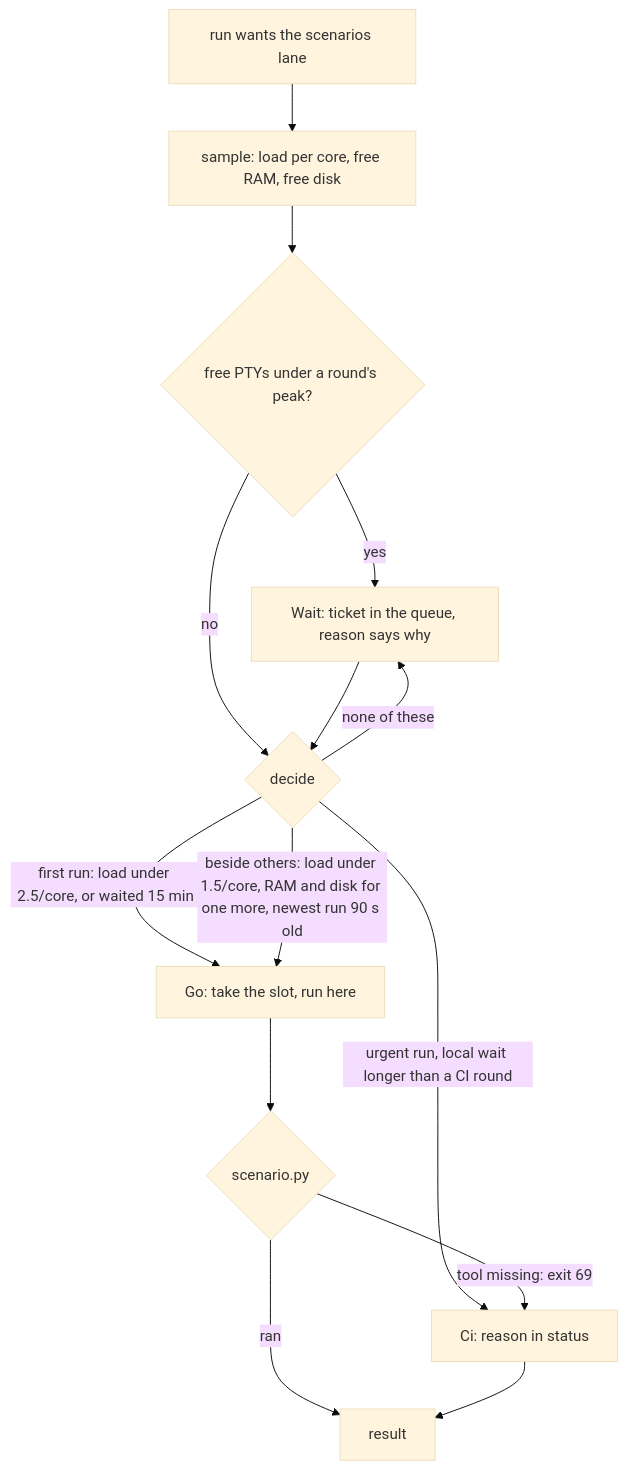
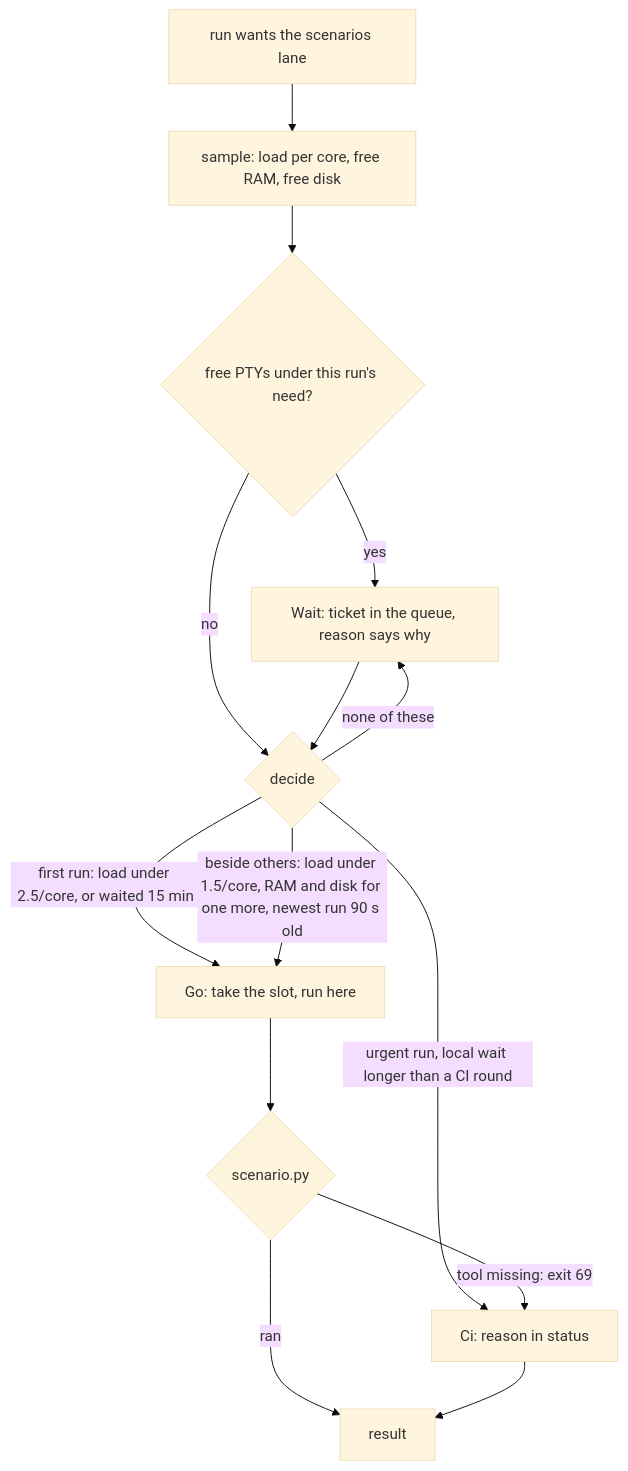
One commit to vlwkaos/wsx changed the diagram in docs/design/scheduler.md. Above: the diagram before and after it, drawn with Mermaid (base theme). The commit also changed other lines of this file and 2 other files, not shown here.

Commit message:
scheduler: a holder's open PTYs are not counted twice; a need above the pool waits for the lane; runtime-smoke has its own PTY peak (task 546)

````diff
--- a/docs/design/scheduler.md
+++ b/docs/design/scheduler.md
@@ -12,16 +12,16 @@
 ```mermaid
 flowchart TD
   A[run wants the scenarios lane] --> S[sample: load per core, free RAM, free disk]
-  S --> P{free PTYs under a round's peak?}
+  S --> P{free PTYs under this run's need?}
   P -->|yes| W
   P -->|no| D{decide}
   D -->|first run: load under 2.5/core, or waited 15 min| G[Go: take the slot, run here]
   D -->|beside others: load under 1.5/core, RAM and disk for one more, newest run 90 s old| G
   D -->|none of these| W[Wait: ticket in the queue, reason says why]
   W --> D
   D -->|urgent run, local wait longer than a CI round| C[Ci: reason in status]
   G --> X{scenario.py}
   X -->|tool missing: exit 69| C
   X -->|ran| R[result]
   C --> R
 ```
````
